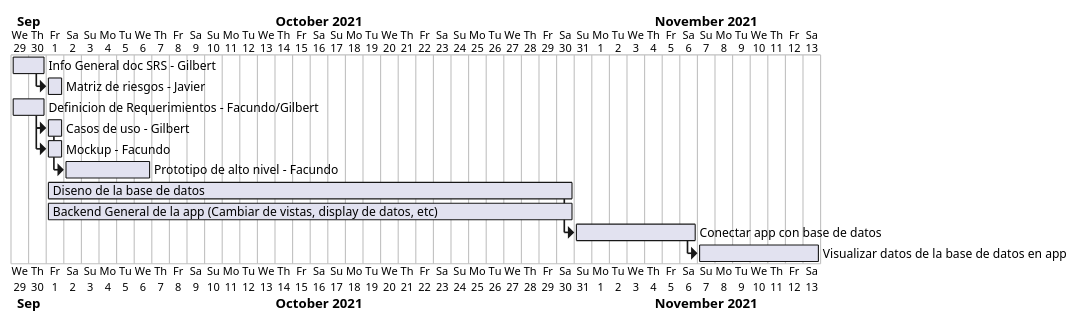
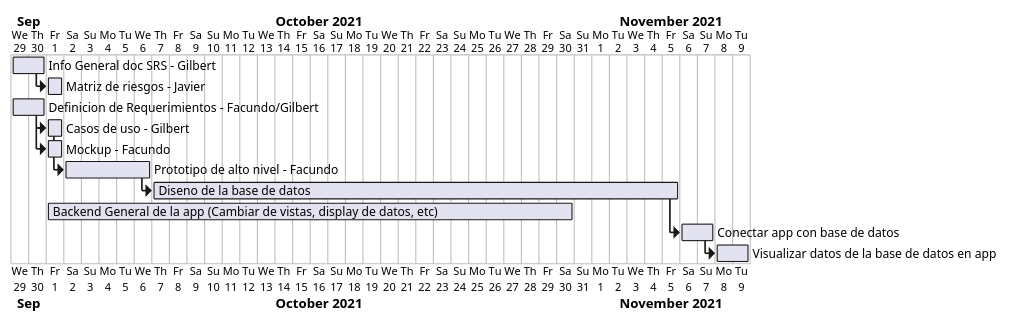
Before and after one commit to facund015/codeRelatedObsidianNotes: the diagram in Diagramas.md, drawn with PlantUML. The commit also changed 1 other file, not shown here.

Commit message:
vault backup: 2021-10-01 15:50:30

````diff
--- a/Diagramas.md
+++ b/Diagramas.md
@@ -1,25 +1,25 @@
 ```plantuml
 
 @startgantt
 Project starts 2021-09-29
 
 [Info General doc SRS - Gilbert] as [SRS] lasts 2 days and starts 2021-09-29
 [Matriz de riesgos - Javier] as [MR] lasts 1 days and starts at [SRS]'s end
 
 [Definicion de Requerimientos - Facundo/Gilbert] as [DR] lasts 2 day and starts 2021-09-29
 [Casos de uso - Gilbert] as [CS] lasts 1 day and starts at [DR]'s end
 [Mockup - Facundo] as [MP] lasts 1 days and starts at [CS]'s start
 
 [Prototipo de alto nivel - Facundo] as [PAN] lasts 5 days and starts at [CS]'s end
-[Diseno de la base de datos] as [DBD] lasts 30 days and starts 2021-10-1
+[Diseno de la base de datos] as [DBD] lasts 30 days and starts at [PAN]'s end
 [Backend General de la app (Cambiar de vistas, display de datos, etc)] as [BGA] lasts 30 days and starts 2021-10-1
 
-[Conectar app con base de datos] as [CBD] lasts 7 days and starts at [DBD]'s end
-[Visualizar datos de la base de datos en app] as [VBD] lasts 7 days and starts at [CBD]'s end
+[Conectar app con base de datos] as [CBD] lasts 2 days and starts at [DBD]'s end
+[Visualizar datos de la base de datos en app] as [VBD] lasts 2 days and starts at [CBD]'s end
 
 
 @endgantt
 
 
 
 ```
````
